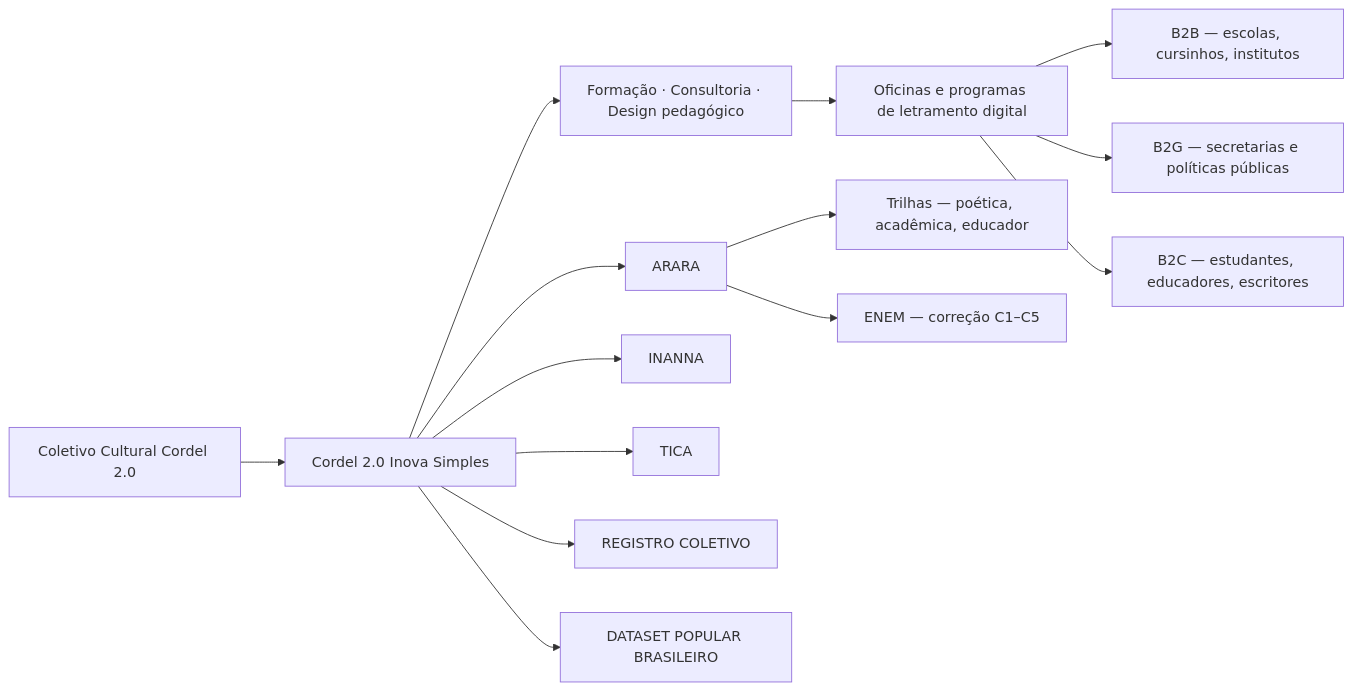
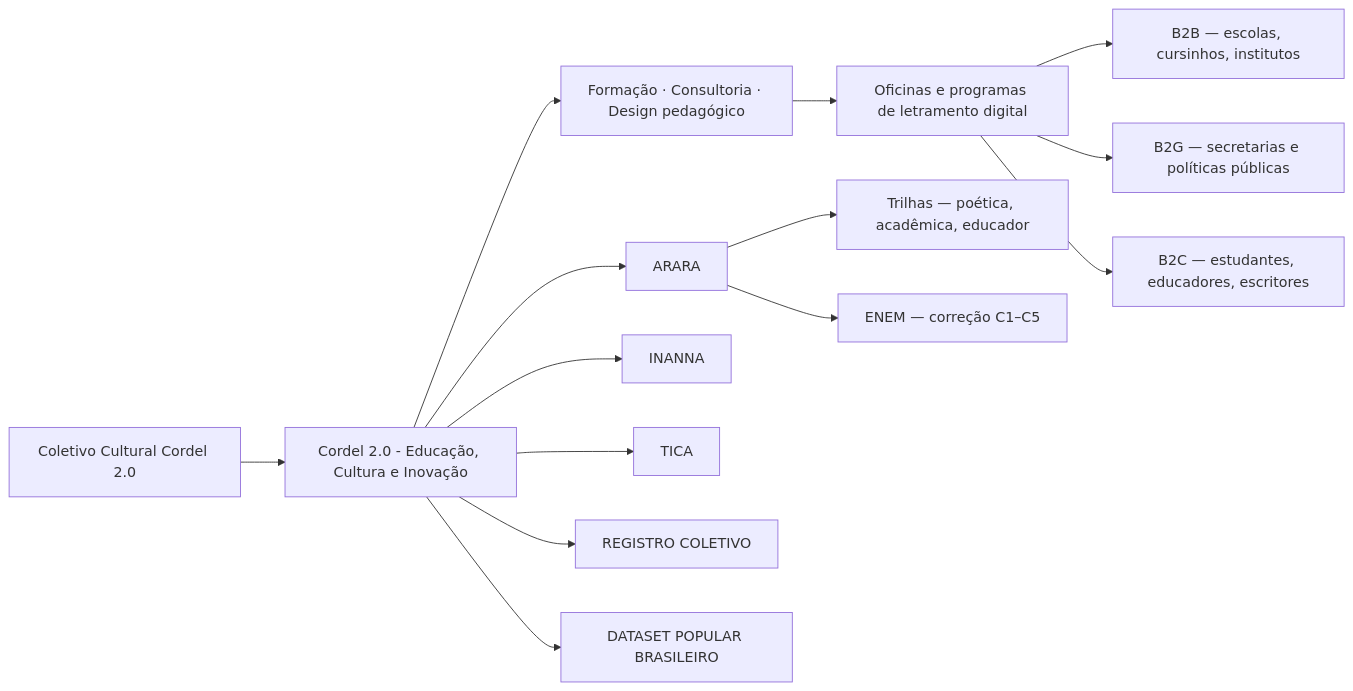
One commit to Cordel2pontozero/cordel2pontozero changed the diagram in README.md. Above: the diagram before and after it, drawn with Mermaid. The commit also changed other lines of this file and 1 other file, not shown here.

````diff
--- a/README.md
+++ b/README.md
@@ -144,19 +144,19 @@
 ```mermaid
 flowchart LR
-    A[Coletivo Cultural Cordel 2.0] --> B[Cordel 2.0 Inova Simples]
+    A[Coletivo Cultural Cordel 2.0] --> B[Cordel 2.0 - Educação, Cultura e Inovação]
     B --> M[Formação · Consultoria · Design pedagógico]
     M --> N[Oficinas e programas de letramento digital]
 
     B --> C[ARARA]
     C --> C1[Trilhas — poética, acadêmica, educador]
     C --> C2[ENEM — correção C1–C5]
 
     B --> D[INANNA]
     B --> E[TICA]
     B --> F[REGISTRO COLETIVO]
     B --> G[DATASET POPULAR BRASILEIRO]
 
     N --> H[B2B — escolas, cursinhos, institutos]
     N --> I[B2G — secretarias e políticas públicas]
     N --> J[B2C — estudantes, educadores, escritores]
 ```
````
